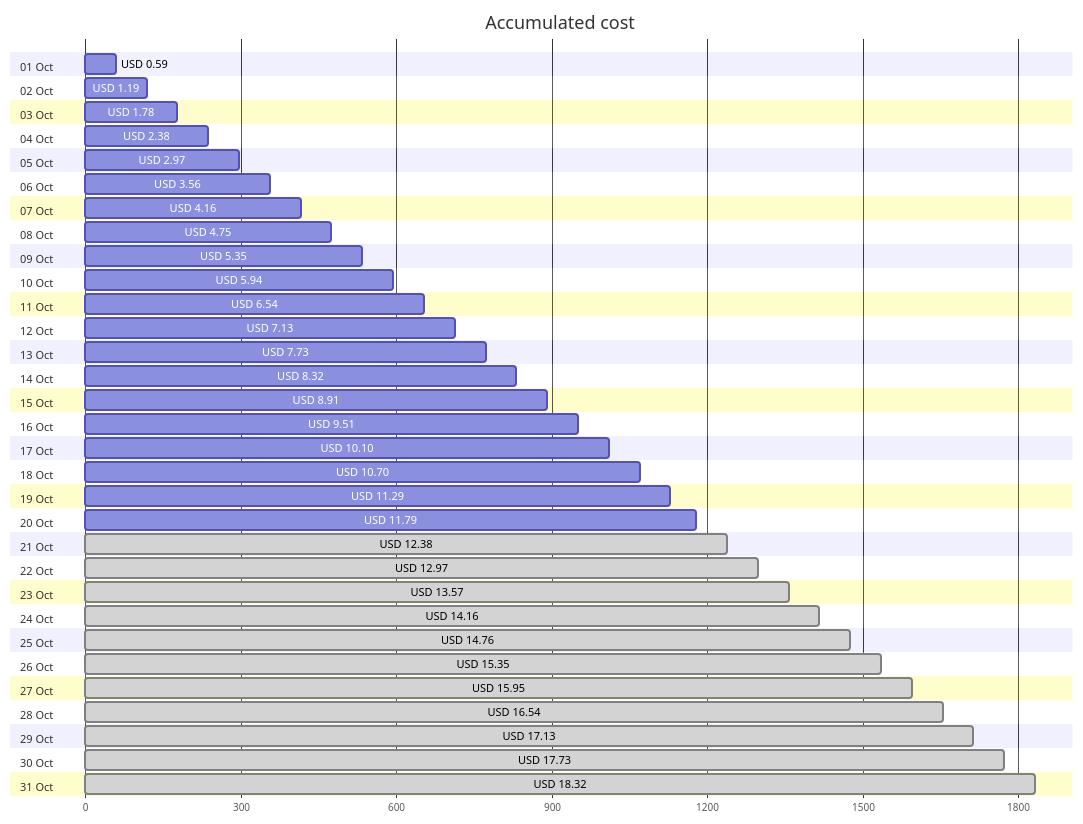
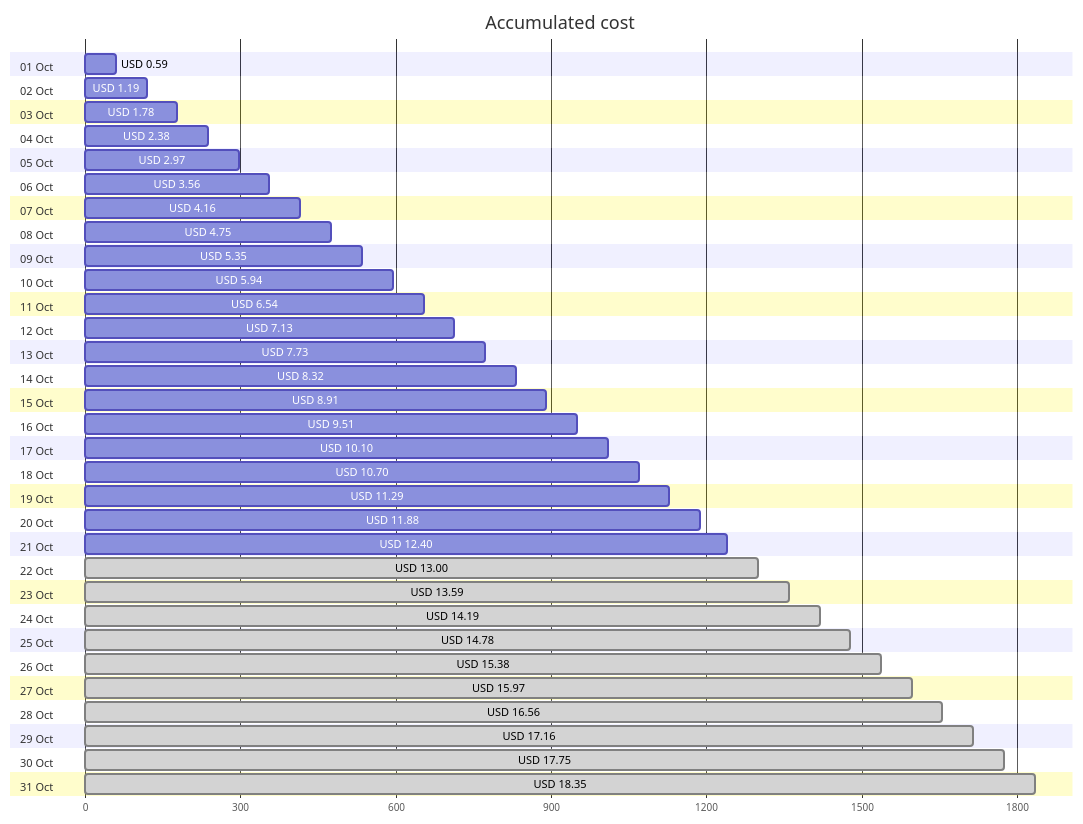
Before and after one commit to jpfulton/azure-personal-reports: the first of 4 diagrams in cost-reports/personal-site/README.md, drawn with Mermaid. The commit also changed other lines of this file and 7 other files, not shown here.

````diff
--- a/cost-reports/personal-site/README.md
+++ b/cost-reports/personal-site/README.md
@@ -20,68 +20,68 @@
 ```mermaid
 gantt
    title Accumulated cost
    dateFormat  X
    axisFormat %s
    section 01 Oct
    USD 0.59 :0, 59
    section 02 Oct
    USD 1.19 :0, 119
    section 03 Oct
    USD 1.78 :0, 178
    section 04 Oct
    USD 2.38 :0, 238
    section 05 Oct
    USD 2.97 :0, 297
    section 06 Oct
    USD 3.56 :0, 356
    section 07 Oct
    USD 4.16 :0, 416
    section 08 Oct
    USD 4.75 :0, 475
    section 09 Oct
    USD 5.35 :0, 535
    section 10 Oct
    USD 5.94 :0, 594
    section 11 Oct
    USD 6.54 :0, 654
    section 12 Oct
    USD 7.13 :0, 713
    section 13 Oct
    USD 7.73 :0, 773
    section 14 Oct
    USD 8.32 :0, 832
    section 15 Oct
    USD 8.91 :0, 891
    section 16 Oct
    USD 9.51 :0, 951
    section 17 Oct
    USD 10.10 :0, 1010
    section 18 Oct
    USD 10.70 :0, 1070
    section 19 Oct
    USD 11.29 :0, 1129
    section 20 Oct
-   USD 11.79 :0, 1179
+   USD 11.88 :0, 1188
    section 21 Oct
-   USD 12.38 : done, 0, 1238
+   USD 12.40 :0, 1240
    section 22 Oct
-   USD 12.97 : done, 0, 1297
+   USD 13.00 : done, 0, 1300
    section 23 Oct
-   USD 13.57 : done, 0, 1357
+   USD 13.59 : done, 0, 1359
    section 24 Oct
-   USD 14.16 : done, 0, 1416
+   USD 14.19 : done, 0, 1419
    section 25 Oct
-   USD 14.76 : done, 0, 1476
+   USD 14.78 : done, 0, 1478
    section 26 Oct
-   USD 15.35 : done, 0, 1535
+   USD 15.38 : done, 0, 1538
    section 27 Oct
-   USD 15.95 : done, 0, 1595
+   USD 15.97 : done, 0, 1597
    section 28 Oct
-   USD 16.54 : done, 0, 1654
+   USD 16.56 : done, 0, 1656
    section 29 Oct
-   USD 17.13 : done, 0, 1713
+   USD 17.16 : done, 0, 1716
    section 30 Oct
-   USD 17.73 : done, 0, 1773
+   USD 17.75 : done, 0, 1775
    section 31 Oct
-   USD 18.32 : done, 0, 1832
+   USD 18.35 : done, 0, 1835
 ```
````
